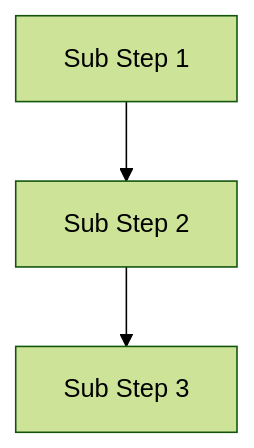
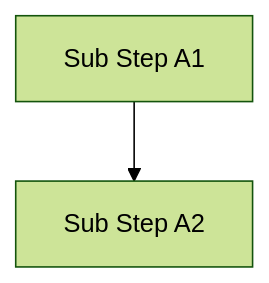
Before and after one commit to mani-baskar/Daiichi-Life-Demo-Report: the seventh of 11 diagrams in docs/Mermaid_Click_Expand_Drilldown_Guide.md, drawn with Mermaid (forest theme). The commit also changed other lines of this file, not shown here.

Commit message:
Switch Mermaid guide to same-file clickable drill-down navigation

````diff
--- a/docs/Mermaid_Click_Expand_Drilldown_Guide.md
+++ b/docs/Mermaid_Click_Expand_Drilldown_Guide.md
@@ -132,4 +161,4 @@
 ```mermaid
 flowchart TD
-    A1[Sub Step 1] --> A2[Sub Step 2] --> A3[Sub Step 3]
+    A1[Sub Step A1] --> A2[Sub Step A2]
 ```
````
